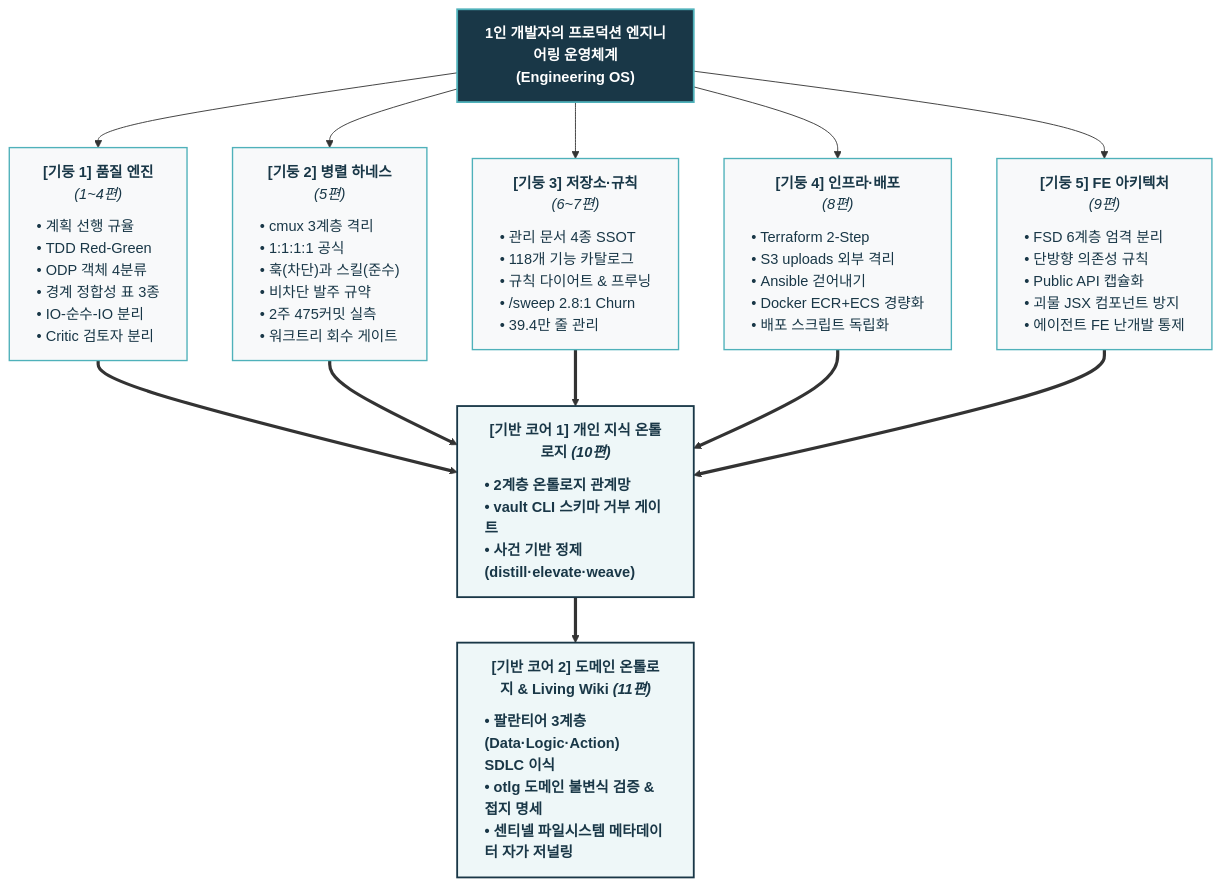
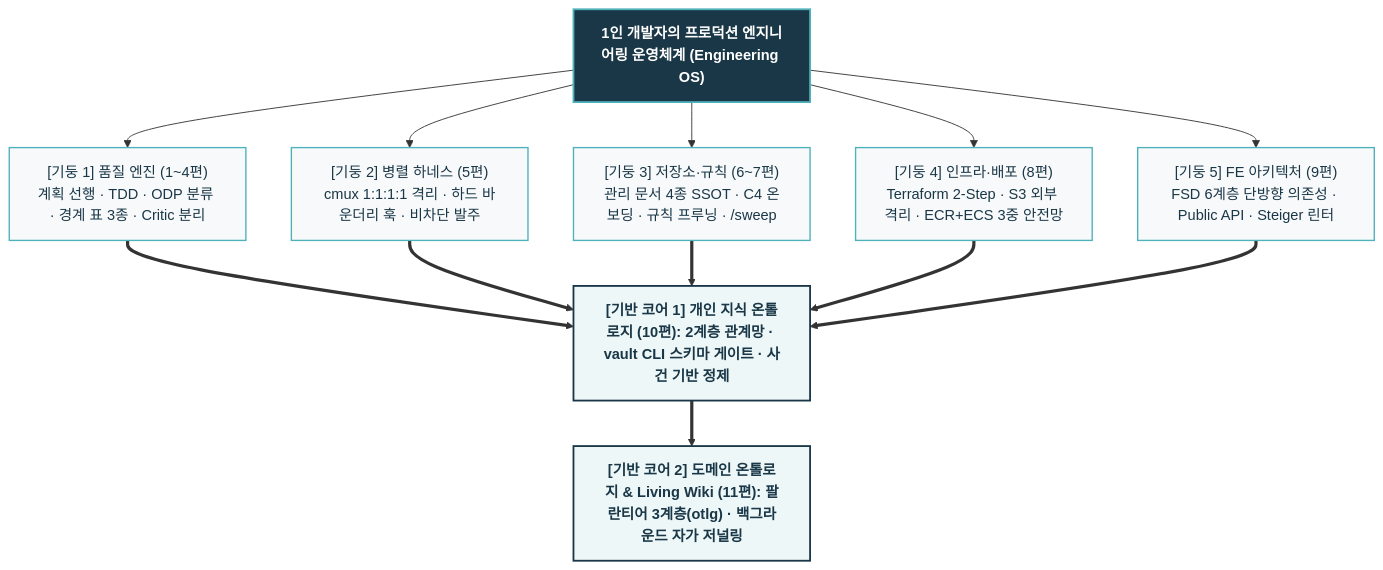
The diagram in _posts/tech/ai-agent-architecture/0 1인 개발자는 어떻게 자신만의 운영체계를 만드는가.md (tomato-vault/tomato-vault.github.io), drawn with Mermaid before and after one commit. The commit also changed other lines of this file and 43 other files, not shown here.

````diff
--- a/_posts/tech/ai-agent-architecture/0 1인 개발자는 어떻게 자신만의 운영체계를 만드는가.md
+++ b/_posts/tech/ai-agent-architecture/0 1인 개발자는 어떻게 자신만의 운영체계를 만드는가.md
@@ -68,22 +69,15 @@
 ```mermaid
 flowchart TD
     classDef header fill:#193747,stroke:#4fb1ba,stroke-width:2px,color:#fff,font-weight:bold
     classDef pillar fill:#f8f9fa,stroke:#4fb1ba,stroke-width:1.5px,color:#193747
     classDef base fill:#eef7f8,stroke:#193747,stroke-width:2px,color:#193747,font-weight:bold
 
-    CORE["1인 개발자의 프로덕션 엔지니어링 운영체계<br/><b>(Engineering OS)</b>"]:::header
-
-    CORE --> P1["<div style='text-align:center;'><b>[기둥 1] 품질 엔진</b><br/><i>(1~4편)</i></div><hr style='margin:6px 0; border:none; border-top:1px solid #cbd5e1;'/><div style='text-align:left; line-height:1.5;'>• 계획 선행 규율<br/>• TDD Red-Green<br/>• ODP 객체 4분류<br/>• 경계 정합성 표 3종<br/>• IO-순수-IO 분리<br/>• Critic 검토자 분리</div>"]:::pillar
-    CORE --> P2["<div style='text-align:center;'><b>[기둥 2] 병렬 하네스</b><br/><i>(5편)</i></div><hr style='margin:6px 0; border:none; border-top:1px solid #cbd5e1;'/><div style='text-align:left; line-height:1.5;'>• cmux 3계층 격리<br/>• 1:1:1:1 공식<br/>• 훅(차단)과 스킬(준수)<br/>• 비차단 발주 규약<br/>• 2주 475커밋 실측<br/>• 워크트리 회수 게이트</div>"]:::pillar
-    CORE --> P3["<div style='text-align:center;'><b>[기둥 3] 저장소·규칙</b><br/><i>(6~7편)</i></div><hr style='margin:6px 0; border:none; border-top:1px solid #cbd5e1;'/><div style='text-align:left; line-height:1.5;'>• 관리 문서 4종 SSOT<br/>• 118개 기능 카탈로그<br/>• 규칙 다이어트 & 프루닝<br/>• /sweep 2.8:1 Churn<br/>• 39.4만 줄 관리</div>"]:::pillar
-    CORE --> P4["<div style='text-align:center;'><b>[기둥 4] 인프라·배포</b><br/><i>(8편)</i></div><hr style='margin:6px 0; border:none; border-top:1px solid #cbd5e1;'/><div style='text-align:left; line-height:1.5;'>• Terraform 2-Step<br/>• S3 uploads 외부 격리<br/>• Ansible 걷어내기<br/>• Docker ECR+ECS 경량화<br/>• 배포 스크립트 독립화</div>"]:::pillar
-    CORE --> P5["<div style='text-align:center;'><b>[기둥 5] FE 아키텍처</b><br/><i>(9편)</i></div><hr style='margin:6px 0; border:none; border-top:1px solid #cbd5e1;'/><div style='text-align:left; line-height:1.5;'>• FSD 6계층 엄격 분리<br/>• 단방향 의존성 규칙<br/>• Public API 캡슐화<br/>• 괴물 JSX 컴포넌트 방지<br/>• 에이전트 FE 난개발 통제</div>"]:::pillar
-
-    P1 ==> BASE1["<div style='text-align:center;'><b>[기반 코어 1] 개인 지식 온톨로지</b> <i>(10편)</i></div><hr style='margin:6px 0; border:none; border-top:1px solid #cbd5e1;'/><div style='text-align:left; line-height:1.5;'>• 2계층 온톨로지 관계망<br/>• vault CLI 스키마 거부 게이트<br/>• 사건 기반 정제 (distill·elevate·weave)</div>"]:::base
-    P2 ==> BASE1
-    P3 ==> BASE1
-    P4 ==> BASE1
-    P5 ==> BASE1
-
-    BASE1 ==> BASE2["<div style='text-align:center;'><b>[기반 코어 2] 도메인 온톨로지 & Living Wiki</b> <i>(11편)</i></div><hr style='margin:6px 0; border:none; border-top:1px solid #cbd5e1;'/><div style='text-align:left; line-height:1.5;'>• 팔란티어 3계층 (Data·Logic·Action) SDLC 이식<br/>• otlg 도메인 불변식 검증 & 접지 명세<br/>• 센티넬 파일시스템 메타데이터 자가 저널링</div>"]:::base
+    CORE["1인 개발자의 프로덕션 엔지니어링 운영체계 (Engineering OS)"]:::header
+    CORE --> P1["[기둥 1] 품질 엔진 (1~4편)<br/>계획 선행 · TDD · ODP 분류 · 경계 표 3종 · Critic 분리"]:::pillar
+    CORE --> P2["[기둥 2] 병렬 하네스 (5편)<br/>cmux 1:1:1:1 격리 · 하드 바운더리 훅 · 비차단 발주"]:::pillar
+    CORE --> P3["[기둥 3] 저장소·규칙 (6~7편)<br/>관리 문서 4종 SSOT · C4 온보딩 · 규칙 프루닝 · /sweep"]:::pillar
+    CORE --> P4["[기둥 4] 인프라·배포 (8편)<br/>Terraform 2-Step · S3 외부 격리 · ECR+ECS 3중 안전망"]:::pillar
+    CORE --> P5["[기둥 5] FE 아키텍처 (9편)<br/>FSD 6계층 단방향 의존성 · Public API · Steiger 린터"]:::pillar
+    P1 & P2 & P3 & P4 & P5 ==> BASE1["[기반 코어 1] 개인 지식 온톨로지 (10편): 2계층 관계망 · vault CLI 스키마 게이트 · 사건 기반 정제"]:::base
+    BASE1 ==> BASE2["[기반 코어 2] 도메인 온톨로지 & Living Wiki (11편): 팔란티어 3계층(otlg) · 백그라운드 자가 저널링"]:::base
 ```
````
